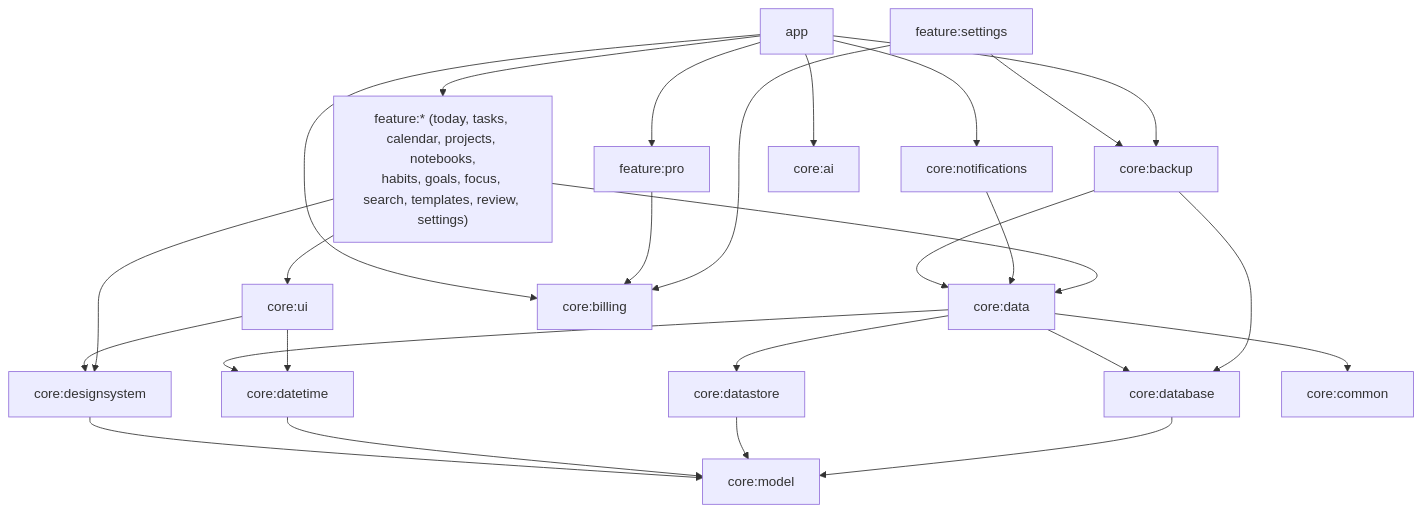
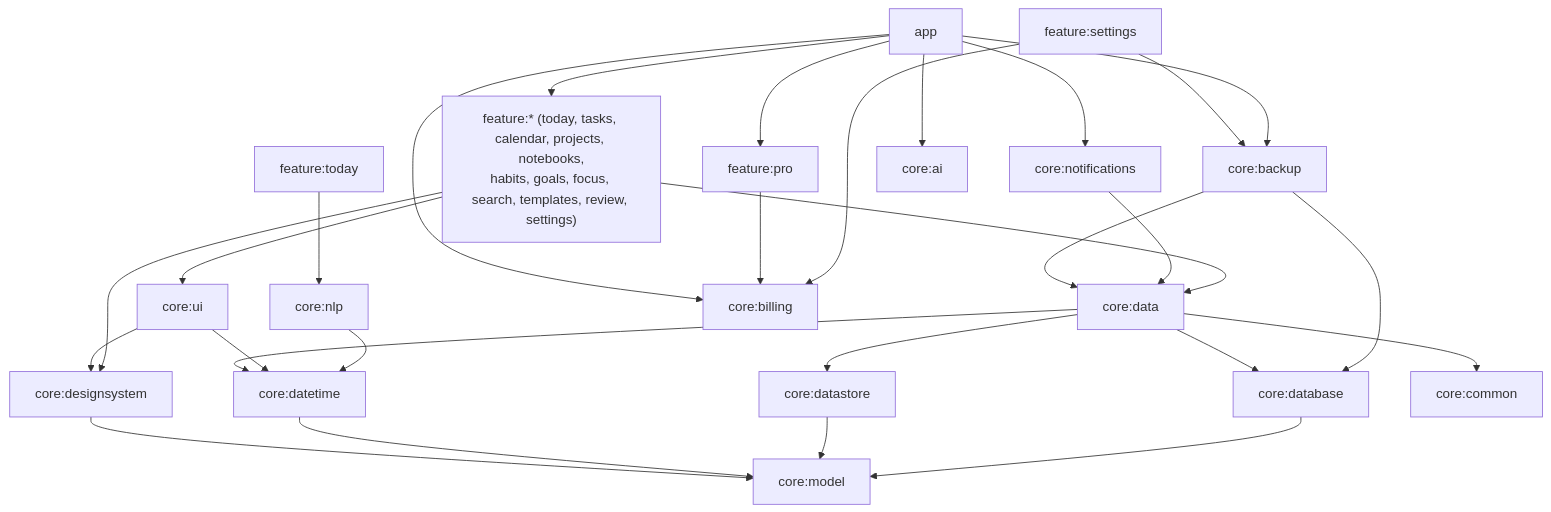
One commit to BehnamJalaliCo/Plan-B changed the diagram in ARCHITECTURE.md. Above: the diagram before and after it, drawn with Mermaid. The commit also changed other lines of this file and 2 other files, not shown here.

Commit message:
docs: Plan-B Pro smart day (#1, #5, #8) rules, changelog and architecture
Claude-Session: https://claude.ai/code/session_016n6ukQ8XMjXXvU6T5eNS5b

````diff
--- a/ARCHITECTURE.md
+++ b/ARCHITECTURE.md
@@ -11,28 +11,30 @@
 ```mermaid
 graph TD
   app --> feature
   feature["feature:* (today, tasks, calendar, projects, notebooks,<br/>habits, goals, focus, search, templates, review, settings)"] --> ui[core:ui]
   feature --> data[core:data]
   feature --> designsystem[core:designsystem]
+  today[feature:today] --> nlp[core:nlp]
+  nlp --> datetime
   app --> notifications[core:notifications]
   app --> backup[core:backup]
   settings[feature:settings] --> backup
   settings --> billing[core:billing]
   pro[feature:pro] --> billing
   app --> pro
   app --> billing
   app --> ai[core:ai]
   ui --> designsystem
   ui --> datetime[core:datetime]
   notifications --> data
   backup --> data
   backup --> database
   data --> database[core:database]
   data --> datastore[core:datastore]
   data --> datetime
   database --> model[core:model]
   datastore --> model
   datetime --> model
   designsystem --> model
   data --> common[core:common]
 ```
````
